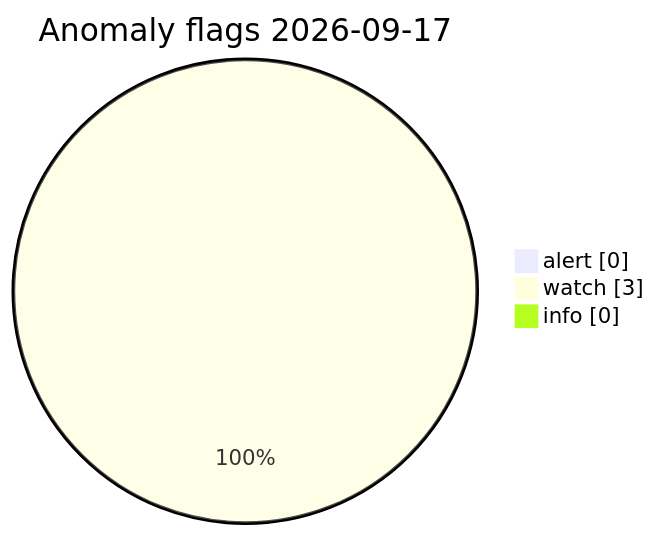
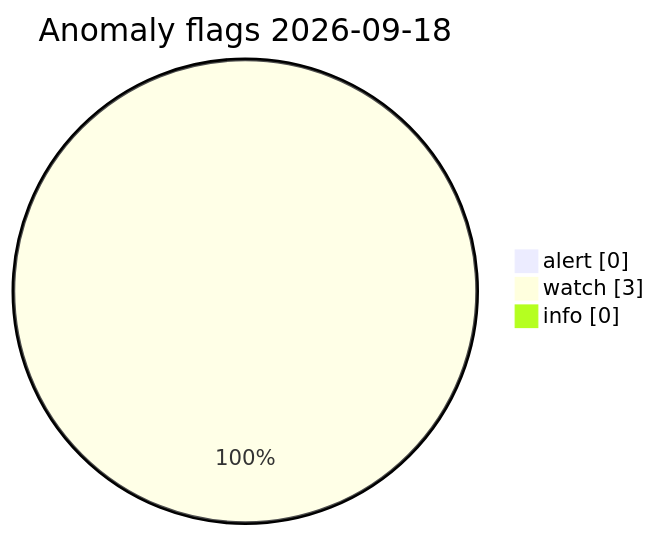
One commit to Midwest-Stratospheric/Unified-Open-Global-Weather changed the diagram in visuals/latest/CHARTS.md. Above: the diagram before and after it, drawn with Mermaid. The commit also changed other lines of this file and 11 other files, not shown here.

Commit message:
data(visuals): automated charts 2026-09-18T11:20Z

````diff
--- a/visuals/latest/CHARTS.md
+++ b/visuals/latest/CHARTS.md
@@ -73,7 +73,7 @@
 ```mermaid
 pie showData
-  title Anomaly flags 2026-09-17
+  title Anomaly flags 2026-09-18
   "alert" : 0
   "watch" : 3
   "info" : 0
 ```
````
